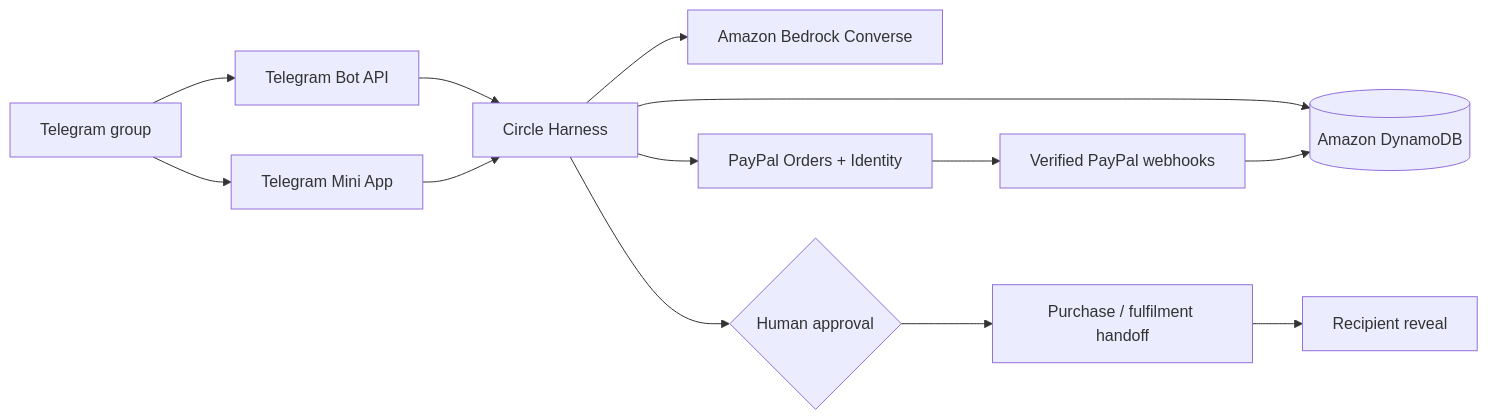
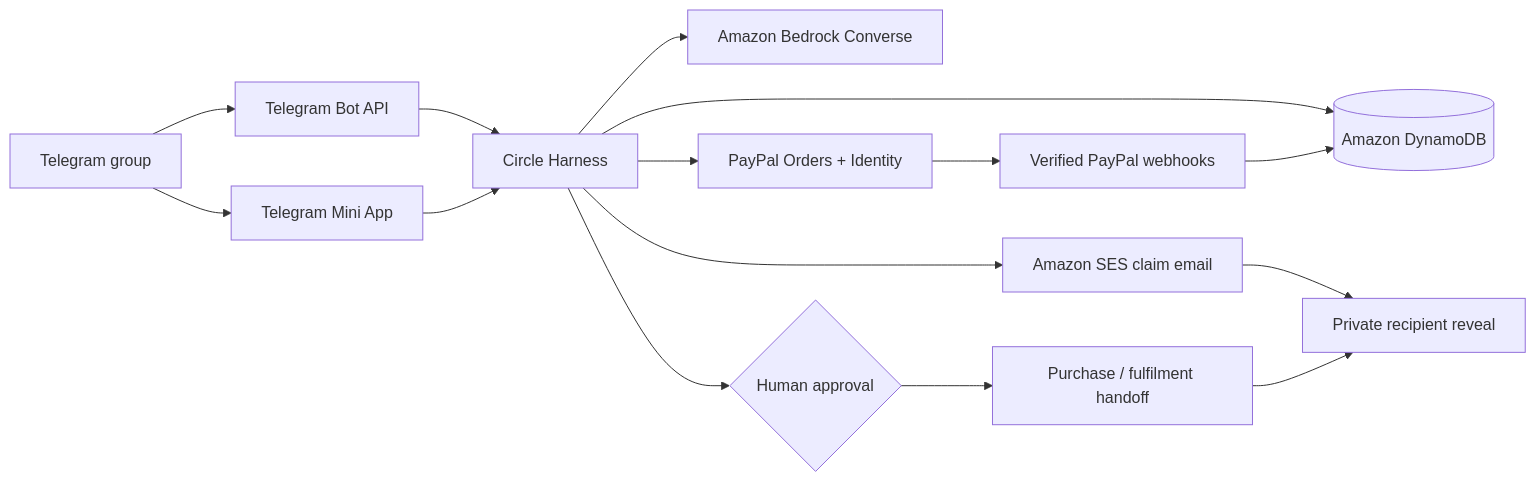
The diagram in README.md (joboyebisi/wanderwrap-paypal), drawn with Mermaid before and after one commit. The commit also changed other lines of this file and 23 other files, not shown here.

Commit message:
Add governed recipient claim and hackathon materials

````diff
--- a/README.md
+++ b/README.md
@@ -63,15 +69,17 @@
 ```mermaid
 flowchart LR
   TG[Telegram group] --> BOT[Telegram Bot API]
   TG --> MINI[Telegram Mini App]
   BOT --> H[Circle Harness]
   MINI --> H
   H --> BR[Amazon Bedrock Converse]
   H --> DB[(Amazon DynamoDB)]
   H --> PP[PayPal Orders + Identity]
   PP --> WH[Verified PayPal webhooks]
   WH --> DB
+  H --> SES[Amazon SES claim email]
+  SES --> R[Private recipient reveal]
   H --> A{Human approval}
   A --> F[Purchase / fulfilment handoff]
-  F --> R[Recipient reveal]
+  F --> R
 ```
````
